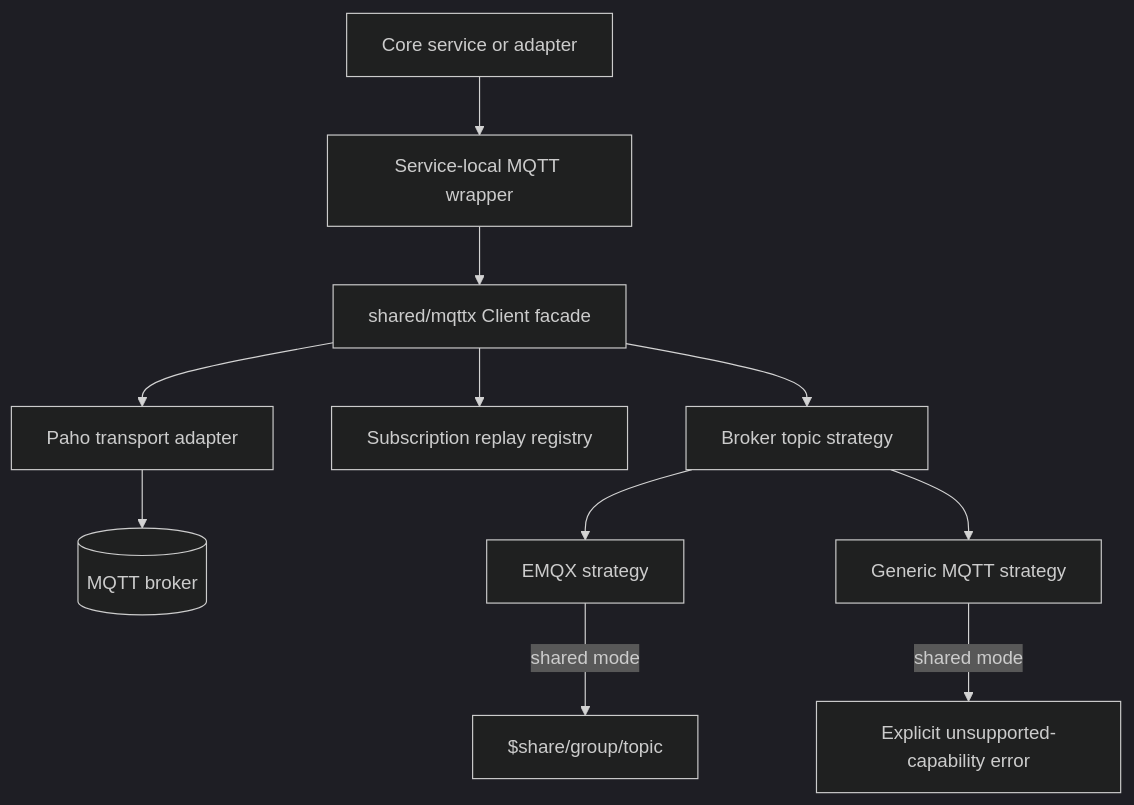
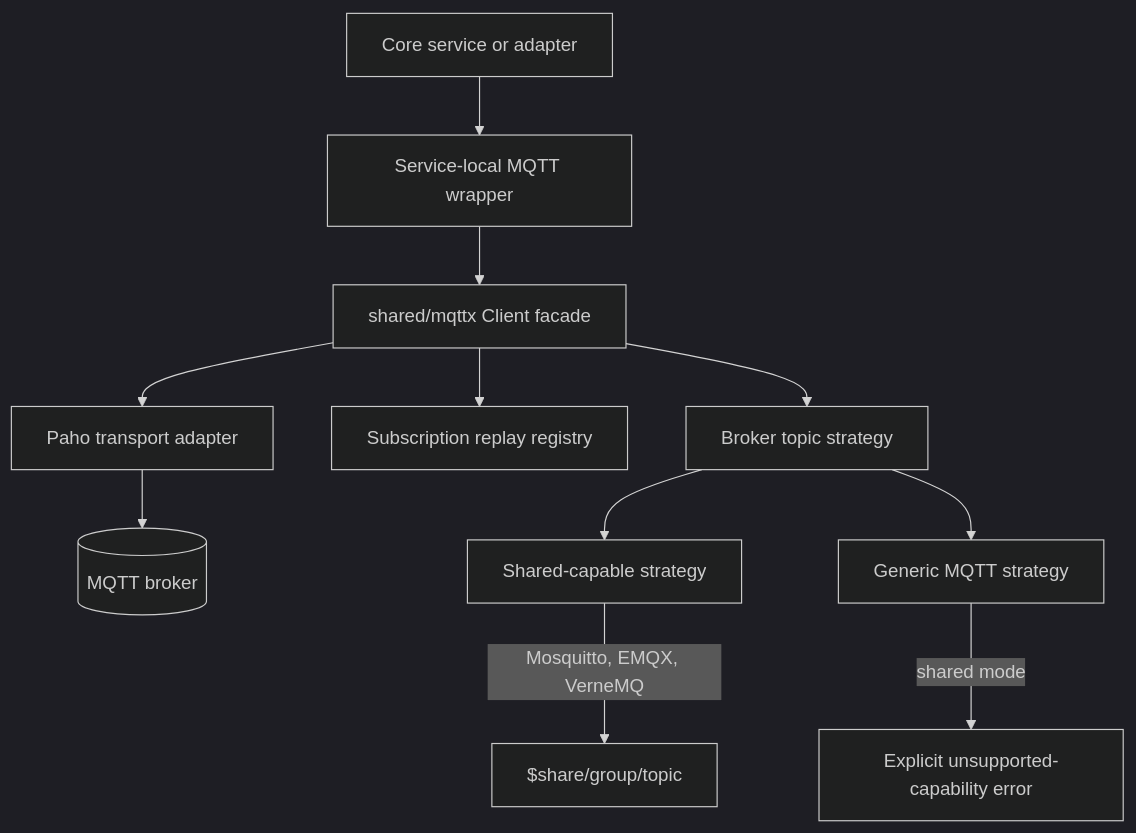
Before and after one commit to PetoAdam/homenavi: the second of 5 diagrams in doc/mqtt_architecture.md, drawn with Mermaid (dark theme). The commit also changed other lines of this file and 72 other files, not shown here.

````diff
--- a/doc/mqtt_architecture.md
+++ b/doc/mqtt_architecture.md
@@ -31,14 +31,14 @@
 ```mermaid
 flowchart TB
     SVC[Core service or adapter] --> LOCAL[Service-local MQTT wrapper]
     LOCAL --> CLIENT[shared/mqttx Client facade]
     CLIENT --> STRATEGY[Broker topic strategy]
     CLIENT --> REPLAY[Subscription replay registry]
     CLIENT --> TRANSPORT[Paho transport adapter]
     TRANSPORT --> BROKER[(MQTT broker)]
 
-    STRATEGY --> EMQX[EMQX strategy]
+    STRATEGY --> SHARED_CAPABLE[Shared-capable strategy]
     STRATEGY --> GENERIC[Generic MQTT strategy]
-    EMQX -->|shared mode| SHARE[$share/group/topic]
+    SHARED_CAPABLE -->|Mosquitto, EMQX, VerneMQ| SHARE[$share/group/topic]
     GENERIC -->|shared mode| REJECT[Explicit unsupported-capability error]
 ```
````
